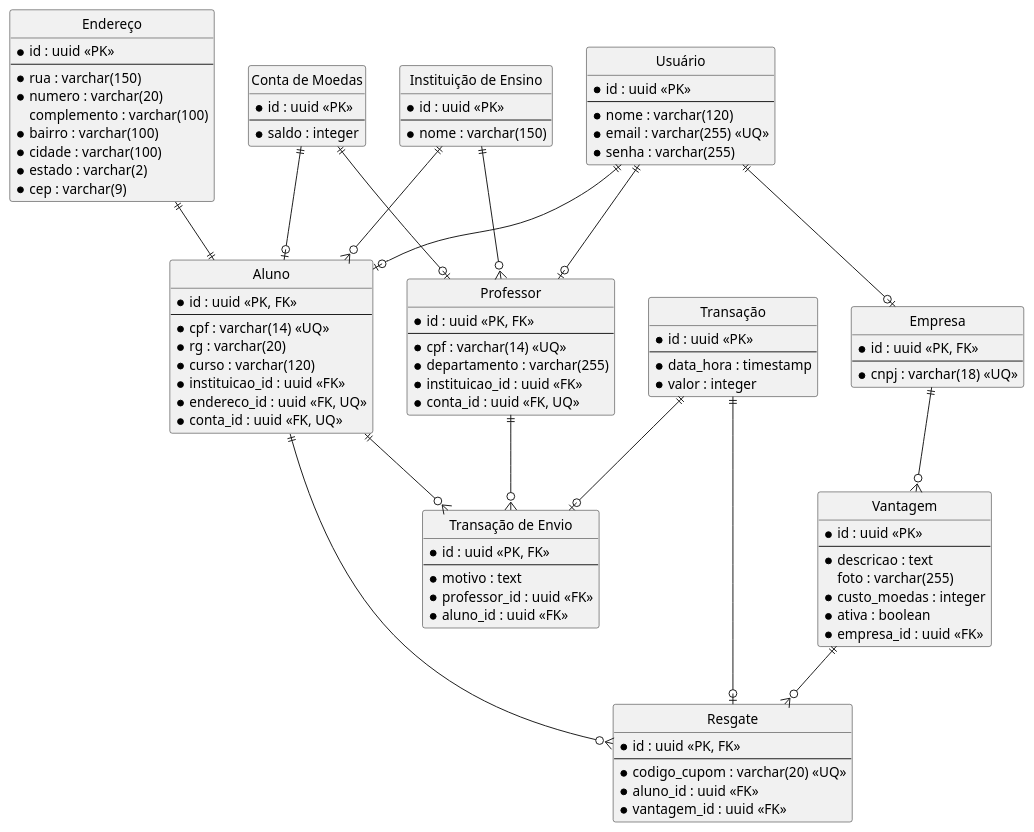
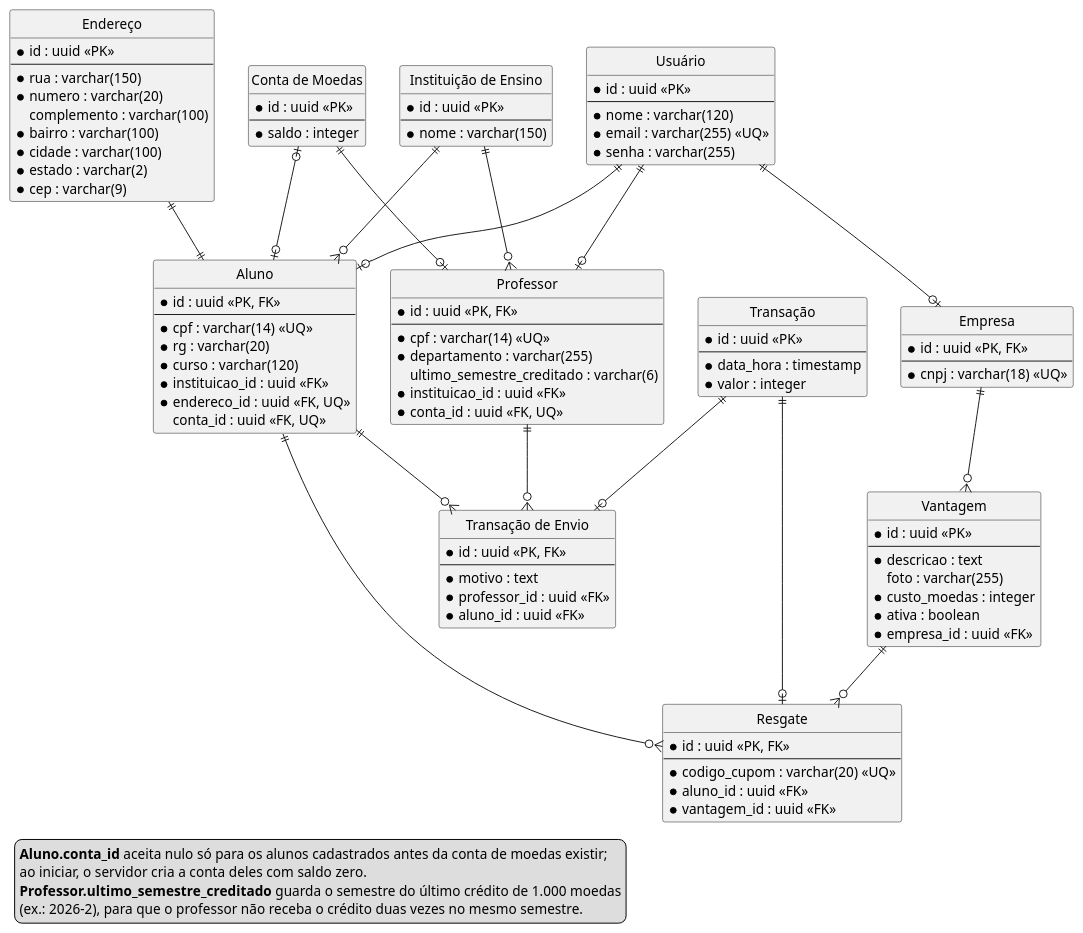
One commit to brunokilo/lab03-projetoSoftware changed the diagram in docs/diagramas/der.puml. Above: the diagram before and after it, drawn with PlantUML. The commit also changed 3 other files, not shown here.

Commit message:
docs: atualização do DER e do diagrama de classes com professor e conta de moedas

```diff
--- a/docs/diagramas/der.puml
+++ b/docs/diagramas/der.puml
@@ -1,117 +1,125 @@
 @startuml
 hide circle
 hide methods
 
 entity "Usuário" as Usuario {
   * id : uuid <<PK>>
   --
   * nome : varchar(120)
   * email : varchar(255) <<UQ>>
   * senha : varchar(255)
 }
 
 entity Aluno {
   * id : uuid <<PK, FK>>
   --
   * cpf : varchar(14) <<UQ>>
   * rg : varchar(20)
   * curso : varchar(120)
   * instituicao_id : uuid <<FK>>
   * endereco_id : uuid <<FK, UQ>>
-  * conta_id : uuid <<FK, UQ>>
+  conta_id : uuid <<FK, UQ>>
 }
 
 entity Professor {
   * id : uuid <<PK, FK>>
   --
   * cpf : varchar(14) <<UQ>>
   * departamento : varchar(255)
+  ultimo_semestre_creditado : varchar(6)
   * instituicao_id : uuid <<FK>>
   * conta_id : uuid <<FK, UQ>>
 }
 
 entity Empresa {
   * id : uuid <<PK, FK>>
   --
   * cnpj : varchar(18) <<UQ>>
 }
 
 entity "Instituição de Ensino" as InstituicaoEnsino {
   * id : uuid <<PK>>
   --
   * nome : varchar(150)
 }
 
 entity "Endereço" as Endereco {
   * id : uuid <<PK>>
   --
   * rua : varchar(150)
   * numero : varchar(20)
   complemento : varchar(100)
   * bairro : varchar(100)
   * cidade : varchar(100)
   * estado : varchar(2)
   * cep : varchar(9)
 }
 
 entity "Conta de Moedas" as ContaMoedas {
   * id : uuid <<PK>>
   --
   * saldo : integer
 }
 
 entity Vantagem {
   * id : uuid <<PK>>
   --
   * descricao : text
   foto : varchar(255)
   * custo_moedas : integer
   * ativa : boolean
   * empresa_id : uuid <<FK>>
 }
 
 entity "Transação" as Transacao {
   * id : uuid <<PK>>
   --
   * data_hora : timestamp
   * valor : integer
 }
 
 entity "Transação de Envio" as TransacaoEnvio {
   * id : uuid <<PK, FK>>
   --
   * motivo : text
   * professor_id : uuid <<FK>>
   * aluno_id : uuid <<FK>>
 }
 
 entity Resgate {
   * id : uuid <<PK, FK>>
   --
   * codigo_cupom : varchar(20) <<UQ>>
   * aluno_id : uuid <<FK>>
   * vantagem_id : uuid <<FK>>
 }
 
 Usuario ||--o| Aluno
 Usuario ||--o| Professor
 Usuario ||--o| Empresa
 
 InstituicaoEnsino ||--o{ Aluno
 InstituicaoEnsino ||--o{ Professor 
 Endereco ||--|| Aluno
 
-ContaMoedas ||--o| Aluno
+ContaMoedas |o--o| Aluno
 ContaMoedas ||--o| Professor
 
 Transacao ||--o| TransacaoEnvio
 Transacao ||--o| Resgate
 
 Professor ||--o{ TransacaoEnvio
 Aluno ||--o{ TransacaoEnvio
 
 Aluno ||--o{ Resgate
 Vantagem ||--o{ Resgate
 
 Empresa ||--o{ Vantagem
+
+legend bottom left
+  **Aluno.conta_id** aceita nulo só para os alunos cadastrados antes da conta de moedas existir;
+  ao iniciar, o servidor cria a conta deles com saldo zero.
+  **Professor.ultimo_semestre_creditado** guarda o semestre do último crédito de 1.000 moedas
+  (ex.: 2026-2), para que o professor não receba o crédito duas vezes no mesmo semestre.
+endlegend
 @enduml
```
